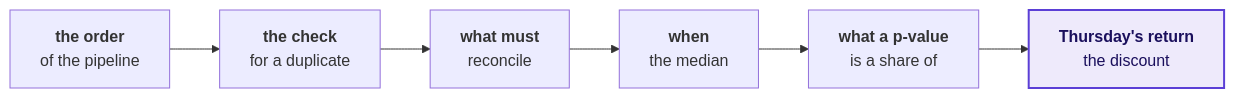
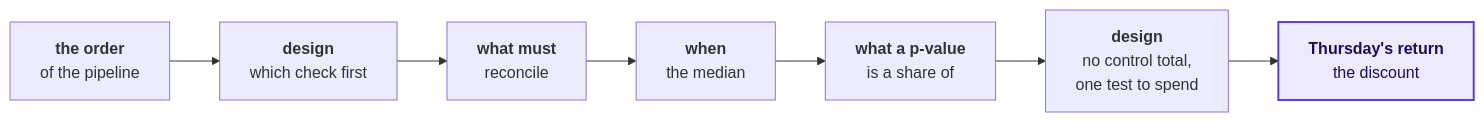
The sixth of 6 diagrams in content/W01/D5/slides/C2_W01_D05_rehearsal_STUDENT.md (fde-academy-lab/c2-content-factory), drawn with Mermaid before and after one commit. The commit also changed other lines of this file and 11 other files, not shown here.

````diff
--- a/content/W01/D5/slides/C2_W01_D05_rehearsal_STUDENT.md
+++ b/content/W01/D5/slides/C2_W01_D05_rehearsal_STUDENT.md
@@ -272,10 +277,11 @@
 ```mermaid
 flowchart LR
-    O["<b>the order</b><br/>of the pipeline"] --> D["<b>the check</b><br/>for a duplicate"]
+    O["<b>the order</b><br/>of the pipeline"] --> D["<b>design</b><br/>which check first"]
     D --> R["<b>what must</b><br/>reconcile"]
     R --> M["<b>when</b><br/>the median"]
     M --> P["<b>what a p-value</b><br/>is a share of"]
-    P --> T["<b>Thursday's return</b><br/>the discount"]
+    P --> X["<b>design</b><br/>no control total,<br/>one test to spend"]
+    X --> T["<b>Thursday's return</b><br/>the discount"]
     classDef known fill:#EEEAFB,stroke:#5B3FD6,color:#1A0F5C,stroke-width:2px
     class T known
 ```
````
